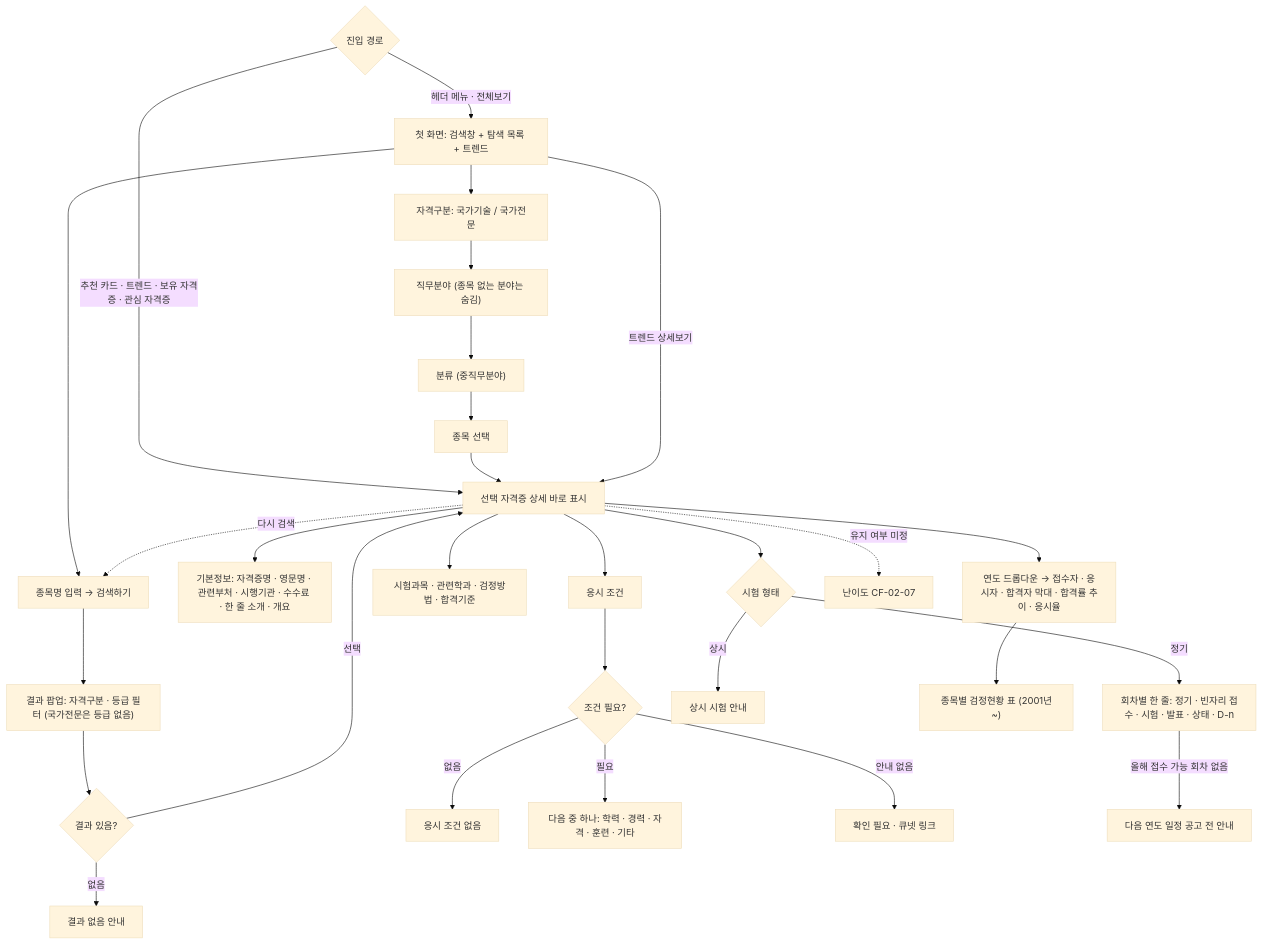
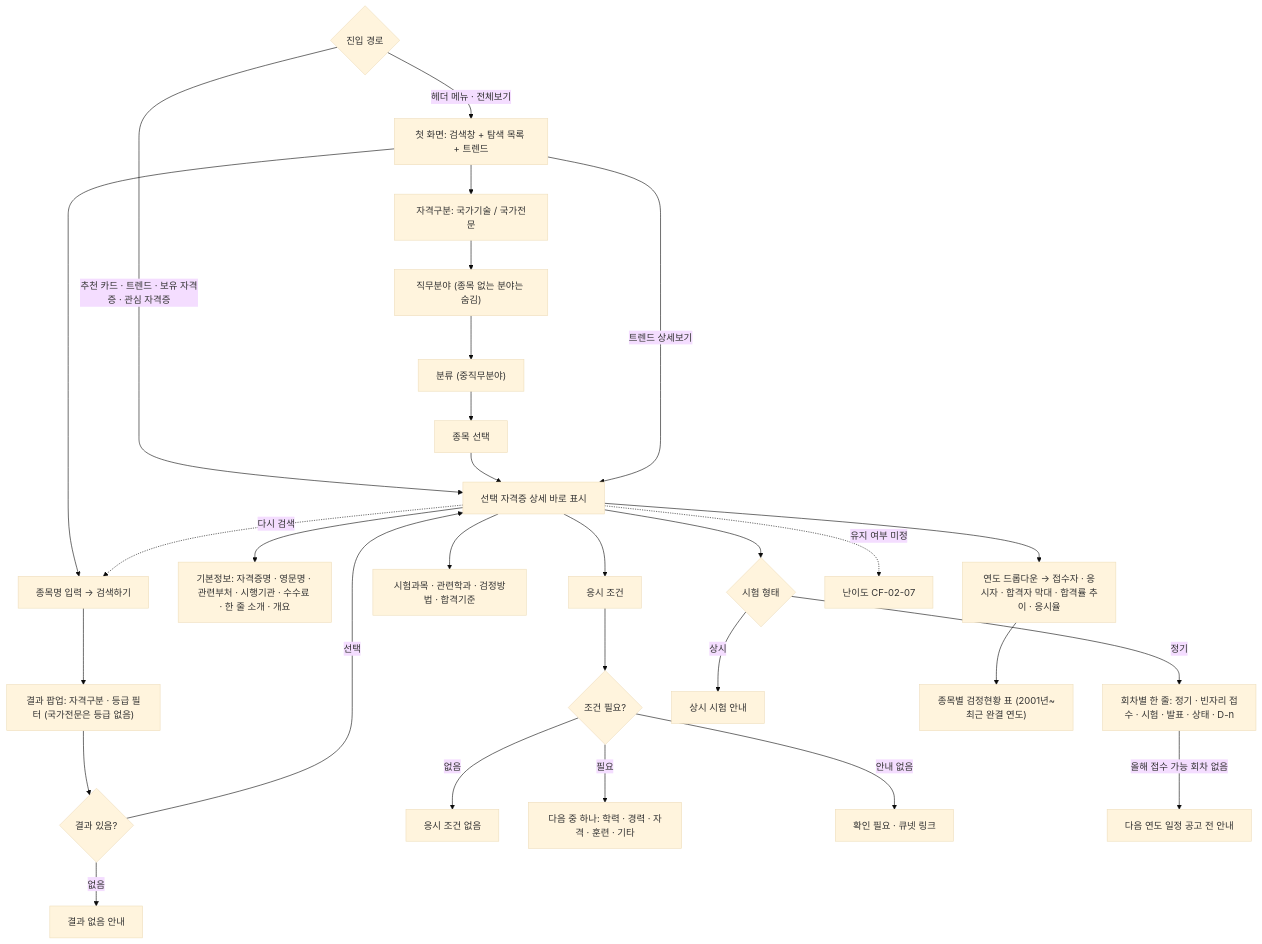
The fifth of 12 diagrams in docs/FLOWCHART.md (team-ap-cert-sniper/cert-sniper), drawn with Mermaid (base theme) before and after one commit. The commit also changed other lines of this file and 29 other files, not shown here.

Commit message:
DB 설계서 업데이트: 스키아- ERD - 플로우차트 - etl - README

````diff
--- a/docs/FLOWCHART.md
+++ b/docs/FLOWCHART.md
@@ -178,31 +178,31 @@
 ```mermaid
 flowchart TD
   A{"진입 경로"} -->|헤더 메뉴 · 전체보기| B["첫 화면: 검색창 + 탐색 목록 + 트렌드"]
   A -->|추천 카드 · 트렌드 · 보유 자격증 · 관심 자격증| G["선택 자격증 상세 바로 표시"]
   B --> T1["자격구분: 국가기술 / 국가전문"]
   T1 --> T2["직무분야 (종목 없는 분야는 숨김)"]
   T2 --> T3["분류 (중직무분야)"]
   T3 --> T4["종목 선택"]
   T4 --> G
   B -->|트렌드 상세보기| G
   B --> C["종목명 입력 → 검색하기"]
   C --> D["결과 팝업: 자격구분 · 등급 필터 (국가전문은 등급 없음)"]
   D --> F{"결과 있음?"}
   F -->|없음| N["결과 없음 안내"]
   F -->|선택| G
   G --> I1["기본정보: 자격증명 · 영문명 · 관련부처 · 시행기관 · 수수료 · 한 줄 소개 · 개요"]
   G --> I2["응시 조건"]
   I2 --> I3{"조건 필요?"}
   I3 -->|없음| I4["응시 조건 없음"]
   I3 -->|필요| I5["다음 중 하나: 학력 · 경력 · 자격 · 훈련 · 기타"]
   I3 -->|안내 없음| I6["확인 필요 · 큐넷 링크"]
   G --> I7["시험과목 · 관련학과 · 검정방법 · 합격기준"]
   G --> I8{"시험 형태"}
   I8 -->|정기| I9["회차별 한 줄: 정기 · 빈자리 접수 · 시험 · 발표 · 상태 · D-n"]
   I8 -->|상시| I10["상시 시험 안내"]
   I9 -->|올해 접수 가능 회차 없음| I13["다음 연도 일정 공고 전 안내"]
   G --> I11["연도 드롭다운 → 접수자 · 응시자 · 합격자 막대 · 합격률 추이 · 응시율"]
-  I11 --> I12["종목별 검정현황 표 (2001년~)"]
+  I11 --> I12["종목별 검정현황 표 (2001년~최근 완결 연도)"]
   G -.->|유지 여부 미정| I14["난이도 CF-02-07"]
   G -.->|다시 검색| C
 ```
````
